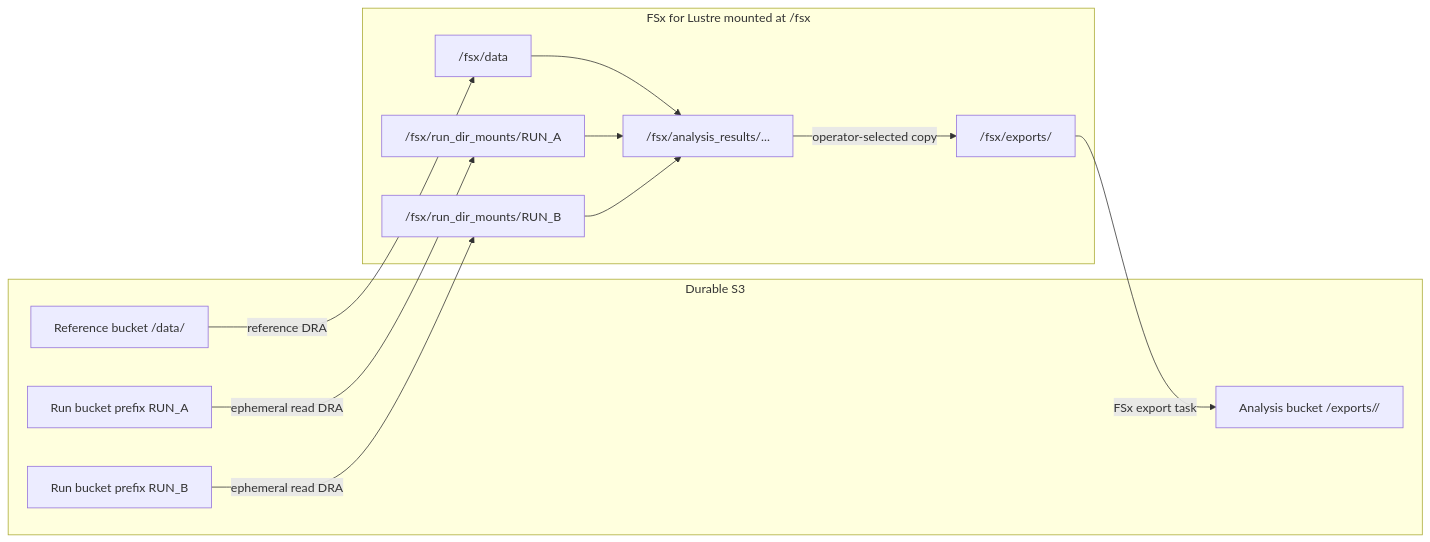
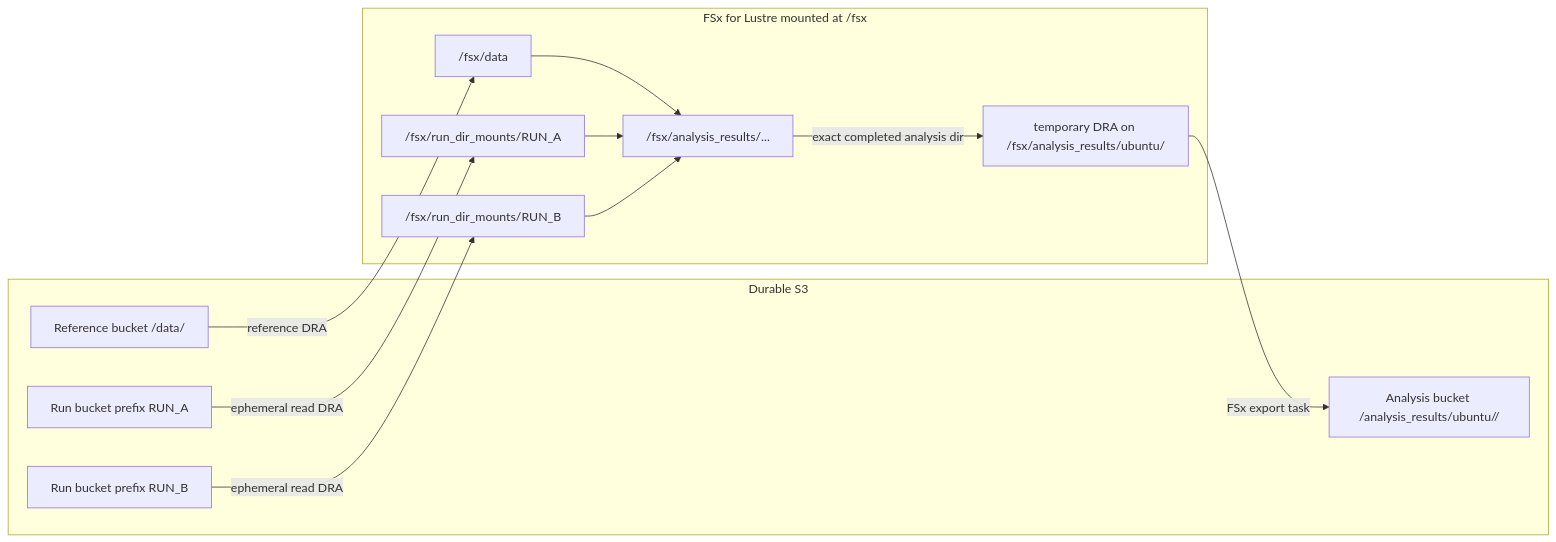
Before and after one commit to Daylily-Informatics/daylily-ephemeral-cluster: the second of 3 diagrams in docs/dra_fsx_strategy.md, drawn with Mermaid. The commit also changed other lines of this file and 22 other files, not shown here.

Commit message:
Implement direct analysis DRA export

````diff
--- a/docs/dra_fsx_strategy.md
+++ b/docs/dra_fsx_strategy.md
@@ -48,26 +48,26 @@
 ```mermaid
 flowchart LR
   subgraph S3["Durable S3"]
     Ref["Reference bucket /data/"]
     RunA["Run bucket prefix RUN_A"]
     RunB["Run bucket prefix RUN_B"]
-    Analysis["Analysis bucket /exports/<export_id>/"]
+    Analysis["Analysis bucket /analysis_results/ubuntu/<analysis_dir>/"]
   end
 
   subgraph Lustre["FSx for Lustre mounted at /fsx"]
     Data["/fsx/data"]
     MntA["/fsx/run_dir_mounts/RUN_A"]
     MntB["/fsx/run_dir_mounts/RUN_B"]
     Results["/fsx/analysis_results/..."]
-    Export["/fsx/exports/<export_id>"]
+    Export["temporary DRA on /fsx/analysis_results/ubuntu/<analysis_dir>"]
   end
 
   Ref -->|reference DRA| Data
   RunA -->|ephemeral read DRA| MntA
   RunB -->|ephemeral read DRA| MntB
   Data --> Results
   MntA --> Results
   MntB --> Results
-  Results -->|operator-selected copy| Export
+  Results -->|exact completed analysis dir| Export
   Export -->|FSx export task| Analysis
 ```
````
